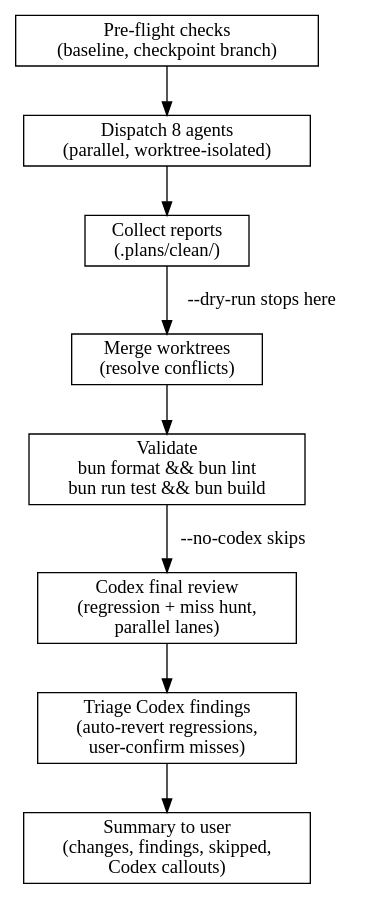
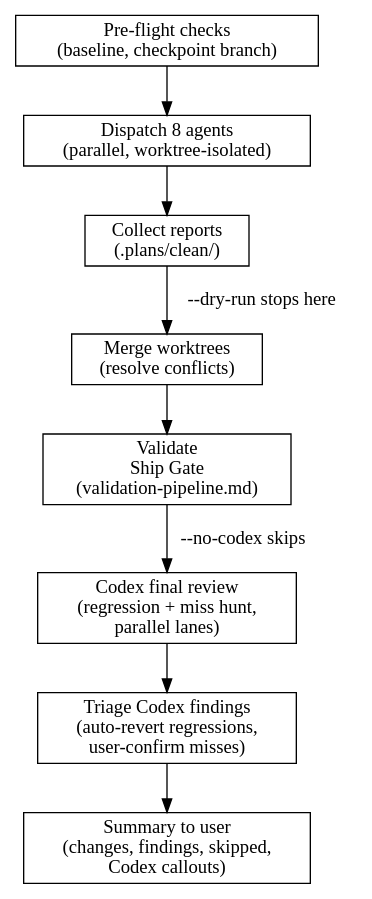
Before and after one commit to greenpill-dev-guild/green-goods: the diagram in .claude/skills/clean/SKILL.md, drawn with Graphviz. The commit also changed other lines of this file and 30 other files, not shown here.

````diff
--- a/.claude/skills/clean/SKILL.md
+++ b/.claude/skills/clean/SKILL.md
@@ -305,21 +305,21 @@
 ```dot
 digraph clean_flow {
     rankdir=TB;
     preflight [label="Pre-flight checks\n(baseline, checkpoint branch)" shape=box];
     dispatch [label="Dispatch 8 agents\n(parallel, worktree-isolated)" shape=box];
     reports [label="Collect reports\n(.plans/clean/)" shape=box];
     merge [label="Merge worktrees\n(resolve conflicts)" shape=box];
-    validate [label="Validate\nbun format && bun lint\nbun run test && bun build" shape=box];
+    validate [label="Validate\nShip Gate\n(validation-pipeline.md)" shape=box];
     codex [label="Codex final review\n(regression + miss hunt,\nparallel lanes)" shape=box];
     triage [label="Triage Codex findings\n(auto-revert regressions,\nuser-confirm misses)" shape=box];
     summary [label="Summary to user\n(changes, findings, skipped,\nCodex callouts)" shape=box];
 
     preflight -> dispatch;
     dispatch -> reports;
     reports -> merge [label="--dry-run stops here"];
     merge -> validate;
     validate -> codex [label="--no-codex skips"];
     codex -> triage;
     triage -> summary;
 }
 ```
````
